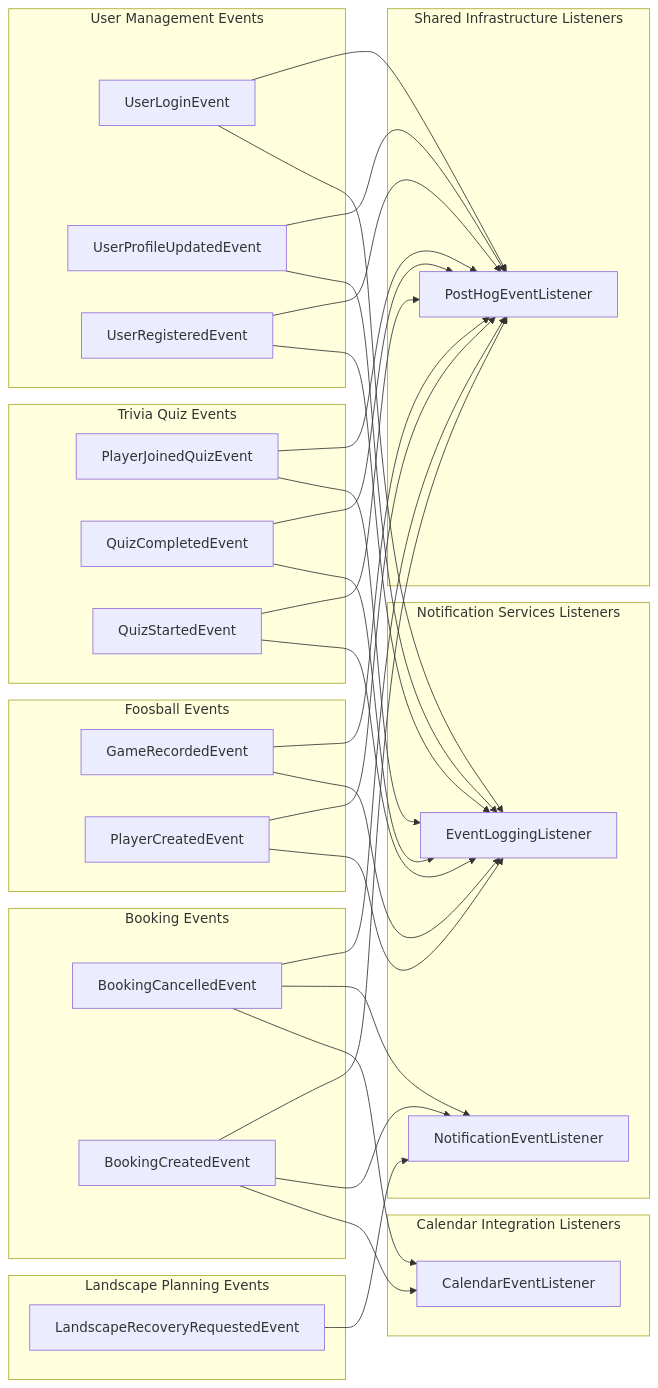
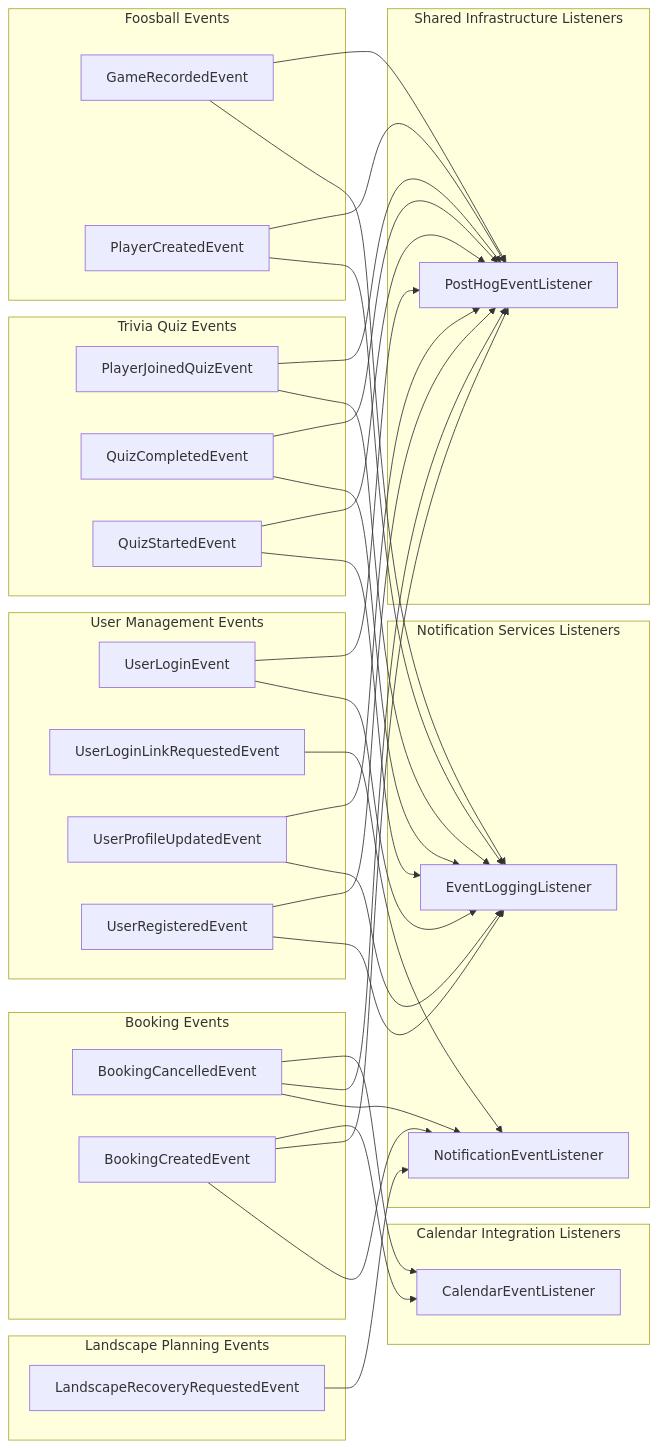
The diagram in docs/modulith-event-flow.md (SnapPetal/PersonalWeb), drawn with Mermaid before and after one commit. The commit also changed 22 other files, not shown here.

Commit message:
Add shared magic link authentication

````diff
--- a/docs/modulith-event-flow.md
+++ b/docs/modulith-event-flow.md
@@ -5,57 +5,59 @@
 ```mermaid
 flowchart LR
   subgraph Booking_events["Booking Events"]
     biz_thonbecker_personal_booking_api_BookingCancelledEvent["BookingCancelledEvent"]
     biz_thonbecker_personal_booking_api_BookingCreatedEvent["BookingCreatedEvent"]
   end
   subgraph Foosball_events["Foosball Events"]
     biz_thonbecker_personal_foosball_api_GameRecordedEvent["GameRecordedEvent"]
     biz_thonbecker_personal_foosball_api_PlayerCreatedEvent["PlayerCreatedEvent"]
   end
   subgraph Landscape_Planning_events["Landscape Planning Events"]
     biz_thonbecker_personal_landscape_api_LandscapeRecoveryRequestedEvent["LandscapeRecoveryRequestedEvent"]
   end
   subgraph Trivia_Quiz_events["Trivia Quiz Events"]
     biz_thonbecker_personal_trivia_api_PlayerJoinedQuizEvent["PlayerJoinedQuizEvent"]
     biz_thonbecker_personal_trivia_api_QuizCompletedEvent["QuizCompletedEvent"]
     biz_thonbecker_personal_trivia_api_QuizStartedEvent["QuizStartedEvent"]
   end
   subgraph User_Management_events["User Management Events"]
     biz_thonbecker_personal_user_api_UserLoginEvent["UserLoginEvent"]
+    biz_thonbecker_personal_user_api_UserLoginLinkRequestedEvent["UserLoginLinkRequestedEvent"]
     biz_thonbecker_personal_user_api_UserProfileUpdatedEvent["UserProfileUpdatedEvent"]
     biz_thonbecker_personal_user_api_UserRegisteredEvent["UserRegisteredEvent"]
   end
   subgraph Calendar_Integration_listeners["Calendar Integration Listeners"]
     biz_thonbecker_personal_calendar_platform_CalendarEventListener["CalendarEventListener"]
   end
   subgraph Notification_Services_listeners["Notification Services Listeners"]
     biz_thonbecker_personal_notification_api_EventLoggingListener["EventLoggingListener"]
     biz_thonbecker_personal_notification_api_NotificationEventListener["NotificationEventListener"]
   end
   subgraph Shared_Infrastructure_listeners["Shared Infrastructure Listeners"]
     biz_thonbecker_personal_shared_platform_service_PostHogEventListener["PostHogEventListener"]
   end
   biz_thonbecker_personal_booking_api_BookingCancelledEvent --> biz_thonbecker_personal_calendar_platform_CalendarEventListener
   biz_thonbecker_personal_booking_api_BookingCreatedEvent --> biz_thonbecker_personal_calendar_platform_CalendarEventListener
+  biz_thonbecker_personal_booking_api_BookingCancelledEvent --> biz_thonbecker_personal_shared_platform_service_PostHogEventListener
+  biz_thonbecker_personal_booking_api_BookingCreatedEvent --> biz_thonbecker_personal_shared_platform_service_PostHogEventListener
+  biz_thonbecker_personal_foosball_api_GameRecordedEvent --> biz_thonbecker_personal_shared_platform_service_PostHogEventListener
+  biz_thonbecker_personal_foosball_api_PlayerCreatedEvent --> biz_thonbecker_personal_shared_platform_service_PostHogEventListener
+  biz_thonbecker_personal_trivia_api_PlayerJoinedQuizEvent --> biz_thonbecker_personal_shared_platform_service_PostHogEventListener
+  biz_thonbecker_personal_trivia_api_QuizCompletedEvent --> biz_thonbecker_personal_shared_platform_service_PostHogEventListener
+  biz_thonbecker_personal_trivia_api_QuizStartedEvent --> biz_thonbecker_personal_shared_platform_service_PostHogEventListener
+  biz_thonbecker_personal_user_api_UserLoginEvent --> biz_thonbecker_personal_shared_platform_service_PostHogEventListener
+  biz_thonbecker_personal_user_api_UserProfileUpdatedEvent --> biz_thonbecker_personal_shared_platform_service_PostHogEventListener
+  biz_thonbecker_personal_user_api_UserRegisteredEvent --> biz_thonbecker_personal_shared_platform_service_PostHogEventListener
   biz_thonbecker_personal_booking_api_BookingCancelledEvent --> biz_thonbecker_personal_notification_api_NotificationEventListener
   biz_thonbecker_personal_booking_api_BookingCreatedEvent --> biz_thonbecker_personal_notification_api_NotificationEventListener
   biz_thonbecker_personal_foosball_api_GameRecordedEvent --> biz_thonbecker_personal_notification_api_EventLoggingListener
   biz_thonbecker_personal_foosball_api_PlayerCreatedEvent --> biz_thonbecker_personal_notification_api_EventLoggingListener
   biz_thonbecker_personal_landscape_api_LandscapeRecoveryRequestedEvent --> biz_thonbecker_personal_notification_api_NotificationEventListener
   biz_thonbecker_personal_trivia_api_PlayerJoinedQuizEvent --> biz_thonbecker_personal_notification_api_EventLoggingListener
   biz_thonbecker_personal_trivia_api_QuizCompletedEvent --> biz_thonbecker_personal_notification_api_EventLoggingListener
   biz_thonbecker_personal_trivia_api_QuizStartedEvent --> biz_thonbecker_personal_notification_api_EventLoggingListener
   biz_thonbecker_personal_user_api_UserLoginEvent --> biz_thonbecker_personal_notification_api_EventLoggingListener
   biz_thonbecker_personal_user_api_UserProfileUpdatedEvent --> biz_thonbecker_personal_notification_api_EventLoggingListener
   biz_thonbecker_personal_user_api_UserRegisteredEvent --> biz_thonbecker_personal_notification_api_EventLoggingListener
-  biz_thonbecker_personal_booking_api_BookingCancelledEvent --> biz_thonbecker_personal_shared_platform_service_PostHogEventListener
-  biz_thonbecker_personal_booking_api_BookingCreatedEvent --> biz_thonbecker_personal_shared_platform_service_PostHogEventListener
-  biz_thonbecker_personal_foosball_api_GameRecordedEvent --> biz_thonbecker_personal_shared_platform_service_PostHogEventListener
-  biz_thonbecker_personal_foosball_api_PlayerCreatedEvent --> biz_thonbecker_personal_shared_platform_service_PostHogEventListener
-  biz_thonbecker_personal_trivia_api_PlayerJoinedQuizEvent --> biz_thonbecker_personal_shared_platform_service_PostHogEventListener
-  biz_thonbecker_personal_trivia_api_QuizCompletedEvent --> biz_thonbecker_personal_shared_platform_service_PostHogEventListener
-  biz_thonbecker_personal_trivia_api_QuizStartedEvent --> biz_thonbecker_personal_shared_platform_service_PostHogEventListener
-  biz_thonbecker_personal_user_api_UserLoginEvent --> biz_thonbecker_personal_shared_platform_service_PostHogEventListener
-  biz_thonbecker_personal_user_api_UserProfileUpdatedEvent --> biz_thonbecker_personal_shared_platform_service_PostHogEventListener
-  biz_thonbecker_personal_user_api_UserRegisteredEvent --> biz_thonbecker_personal_shared_platform_service_PostHogEventListener
+  biz_thonbecker_personal_user_api_UserLoginLinkRequestedEvent --> biz_thonbecker_personal_notification_api_NotificationEventListener
 ```
````
